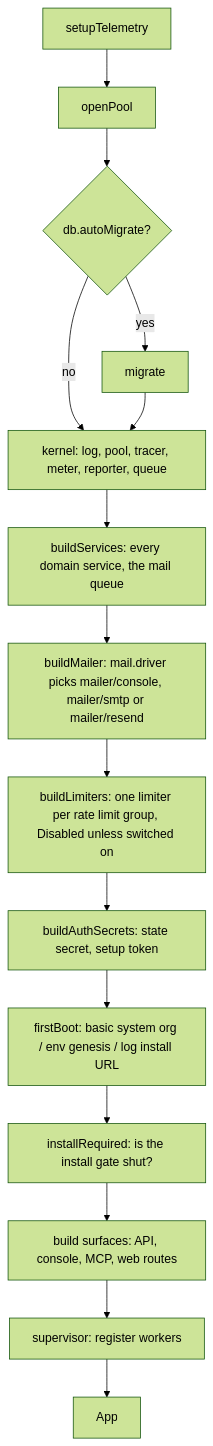
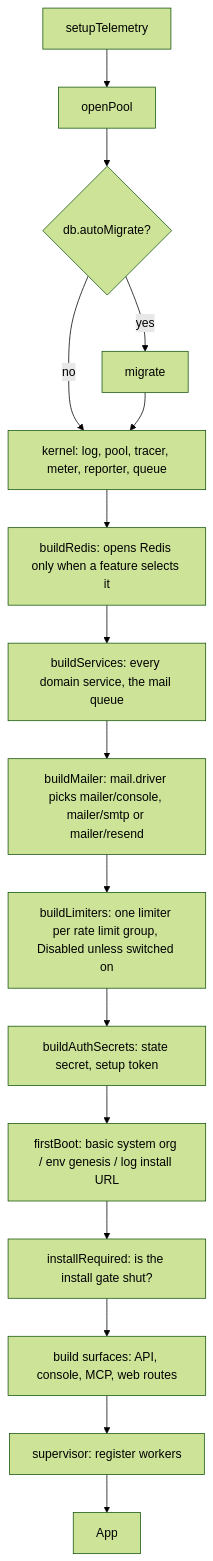
The first of 3 diagrams in internal/boot/README.md (altalune-id/oagent), drawn with Mermaid (forest theme) before and after one commit. The commit also changed other lines of this file and 14 other files, not shown here.

Commit message:
feat(redis): a shared Redis connection, opened only when a feature asks for it

````diff
--- a/internal/boot/README.md
+++ b/internal/boot/README.md
@@ -14,17 +14,18 @@
 ```mermaid
 flowchart TD
     A[setupTelemetry] --> B[openPool]
     B --> C{db.autoMigrate?}
     C -- yes --> D[migrate]
     C -- no --> E
     D --> E[kernel: log, pool, tracer, meter, reporter, queue]
-    E --> F[buildServices: every domain service, the mail queue]
+    E --> RD["buildRedis: opens Redis only when a feature selects it"]
+    RD --> F[buildServices: every domain service, the mail queue]
     F --> M[buildMailer: mail.driver picks mailer/console, mailer/smtp or mailer/resend]
     M --> R[buildLimiters: one limiter per rate limit group, Disabled unless switched on]
     R --> G[buildAuthSecrets: state secret, setup token]
     G --> H[firstBoot: basic system org / env genesis / log install URL]
     H --> I[installRequired: is the install gate shut?]
     I --> J[build surfaces: API, console, MCP, web routes]
     J --> K[supervisor: register workers]
     K --> L[App]
 ```
````
